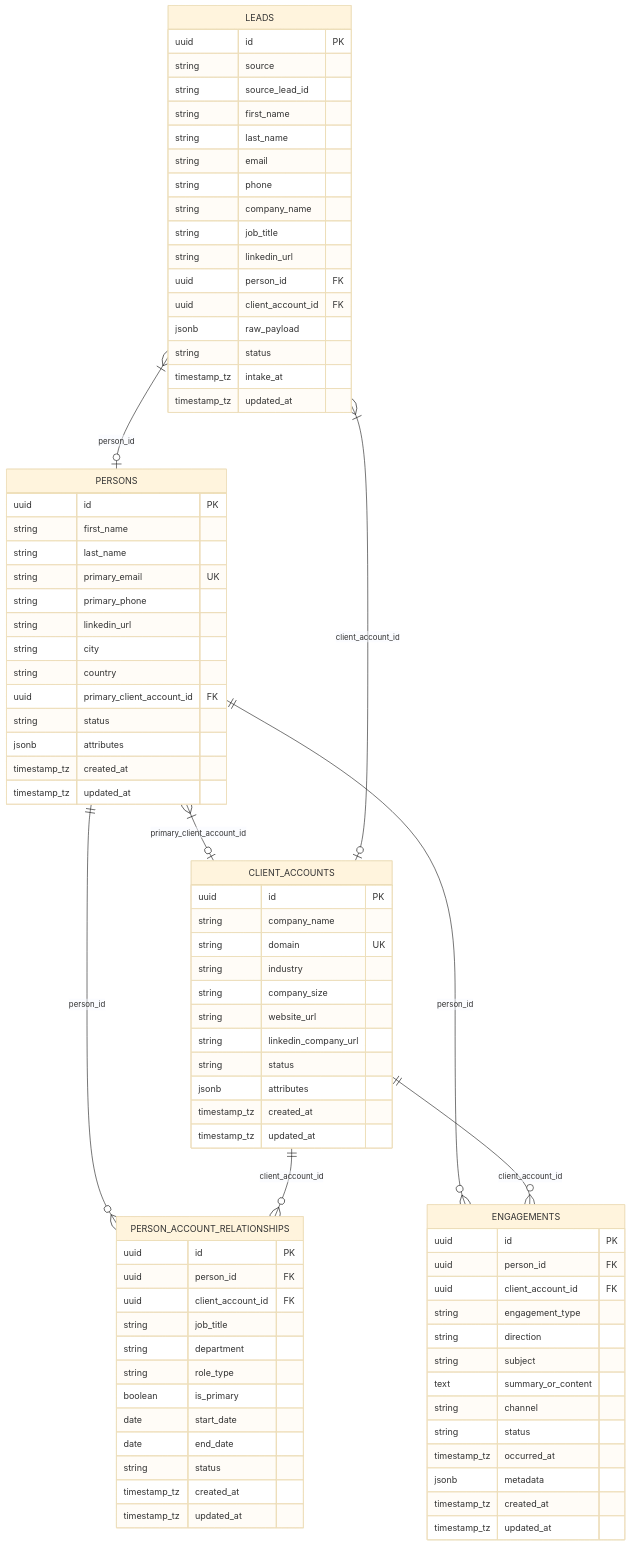
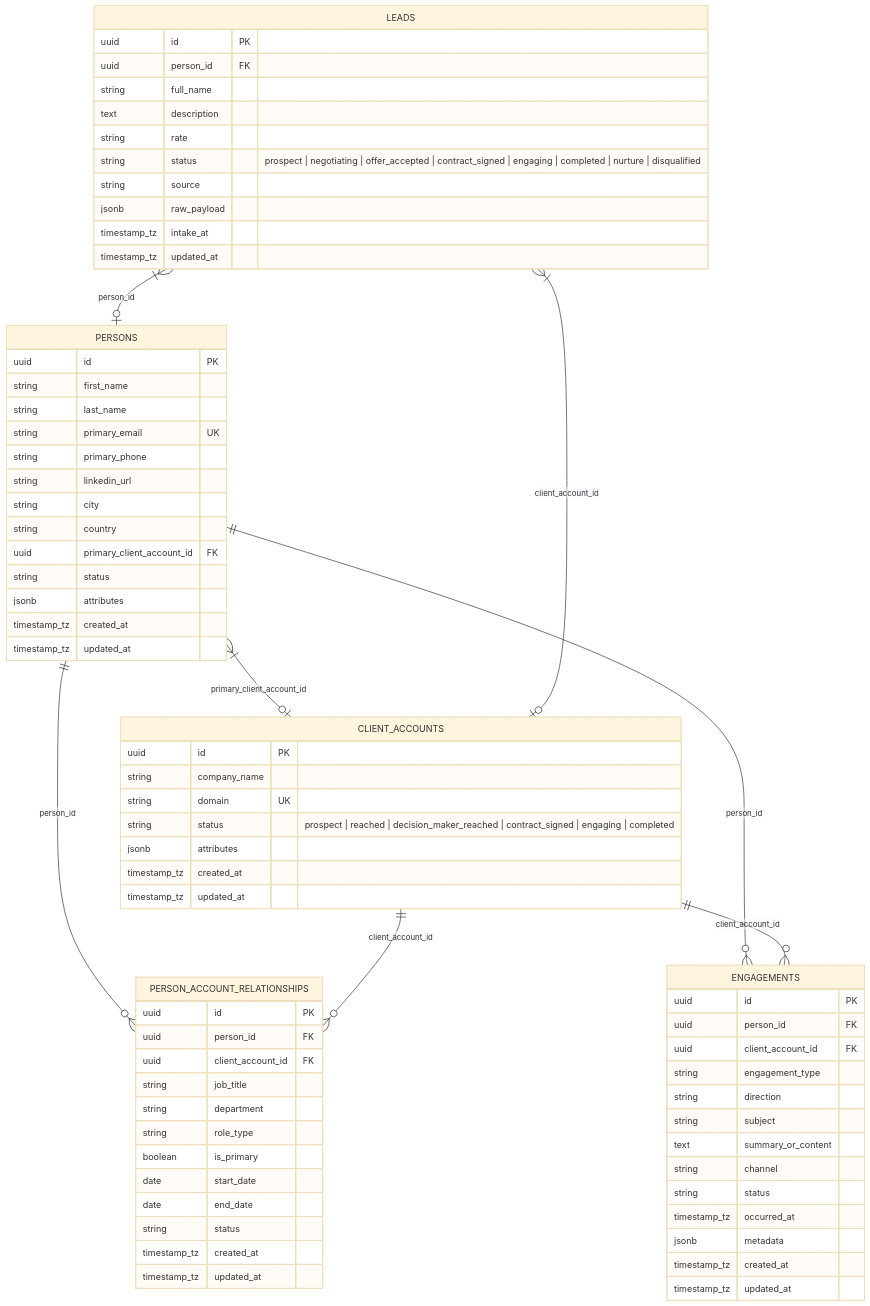
Before and after one commit to Data-Biz-AI-Consultancy/Jager: the diagram in src/db/README.md, drawn with Mermaid (base theme). The commit also changed other lines of this file and 10 other files, not shown here.

First line of the commit message:
feat: add support for account status ingestion and enhance verification tests for client accounts (#254)

```diff
--- a/src/db/README.md
+++ b/src/db/README.md
@@ -12,11 +14,7 @@
         uuid id PK
         string company_name
         string domain UK
-        string industry
-        string company_size
-        string website_url
-        string linkedin_company_url
-        string status
+        string status "prospect | reached | decision_maker_reached | contract_signed | engaging | completed"
         jsonb attributes
         timestamp_tz created_at
         timestamp_tz updated_at
@@ -40,19 +38,13 @@
 
     LEADS {
         uuid id PK
+        uuid person_id FK
+        string full_name
+        text description
+        string rate
+        string status "prospect | negotiating | offer_accepted | contract_signed | engaging | completed | nurture | disqualified"
         string source
-        string source_lead_id
-        string first_name
-        string last_name
-        string email
-        string phone
-        string company_name
-        string job_title
-        string linkedin_url
-        uuid person_id FK
-        uuid client_account_id FK
         jsonb raw_payload
-        string status
         timestamp_tz intake_at
         timestamp_tz updated_at
     }
```
